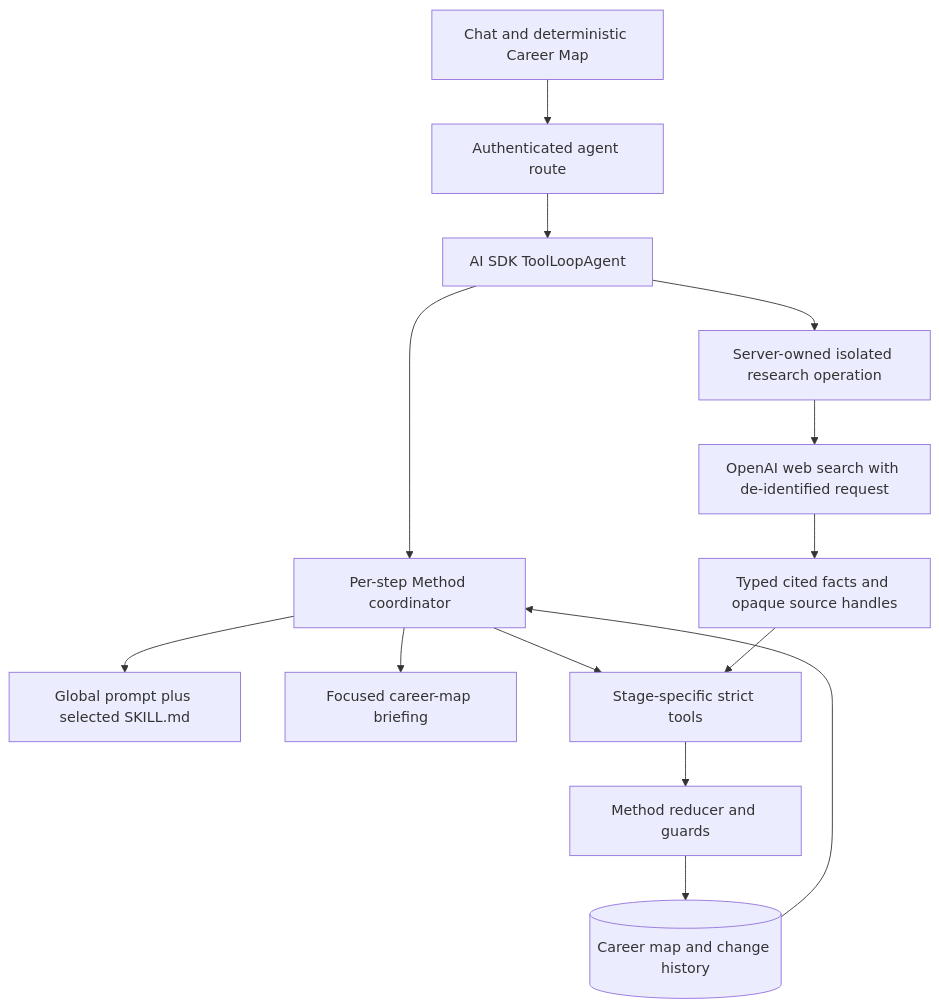
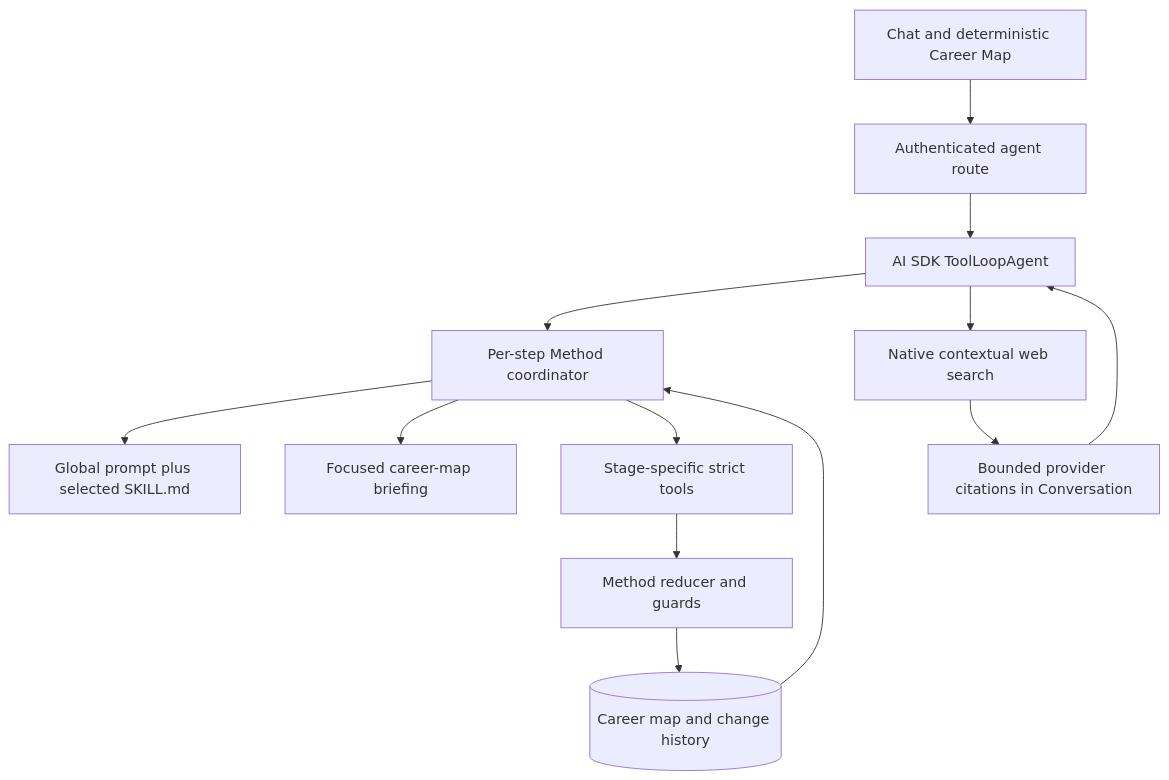
Before and after one commit to andres-monge/ikigai: the second of 5 diagrams in docs/plans/2026-08-29-1133-feat-revelio-method-plan.md, drawn with Mermaid. The commit also changed other lines of this file and 44 other files, not shown here.

````diff
--- a/docs/plans/2026-08-29-1133-feat-revelio-method-plan.md
+++ b/docs/plans/2026-08-29-1133-feat-revelio-method-plan.md
@@ -319,16 +322,15 @@
 ```mermaid
 flowchart TB
   Browser[Chat and deterministic Career Map] --> Route[Authenticated agent route]
   Route --> Loop[AI SDK ToolLoopAgent]
   Loop --> Step[Per-step Method coordinator]
   Step --> Loader[Global prompt plus selected SKILL.md]
   Step --> Briefing[Focused career-map briefing]
   Step --> Tools[Stage-specific strict tools]
   Tools --> Reducer[Method reducer and guards]
   Reducer --> Store[(Career map and change history)]
   Store --> Step
-  Loop --> Research[Server-owned isolated research operation]
-  Research --> Search[OpenAI web search with de-identified request]
-  Search --> Sources[Typed cited facts and opaque source handles]
-  Sources --> Tools
+  Loop --> Search[Native contextual web search]
+  Search --> Citations[Bounded provider citations in Conversation]
+  Citations --> Loop
 ```
````
